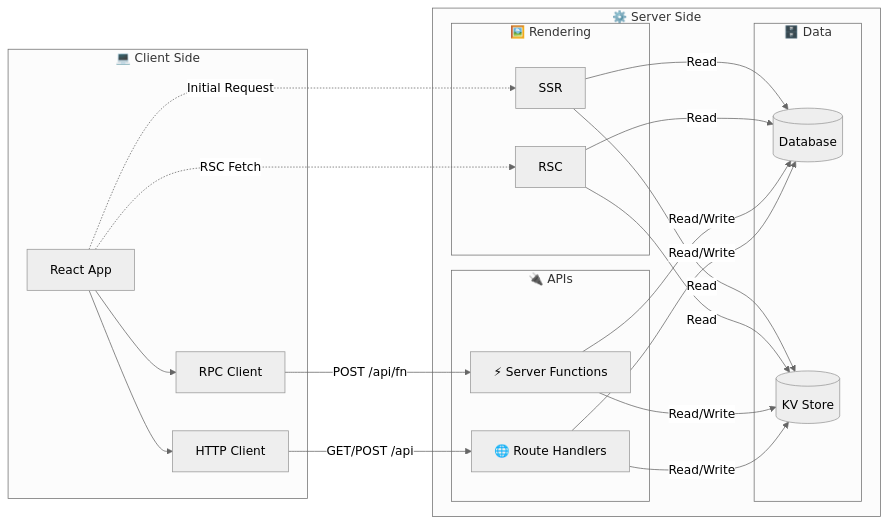
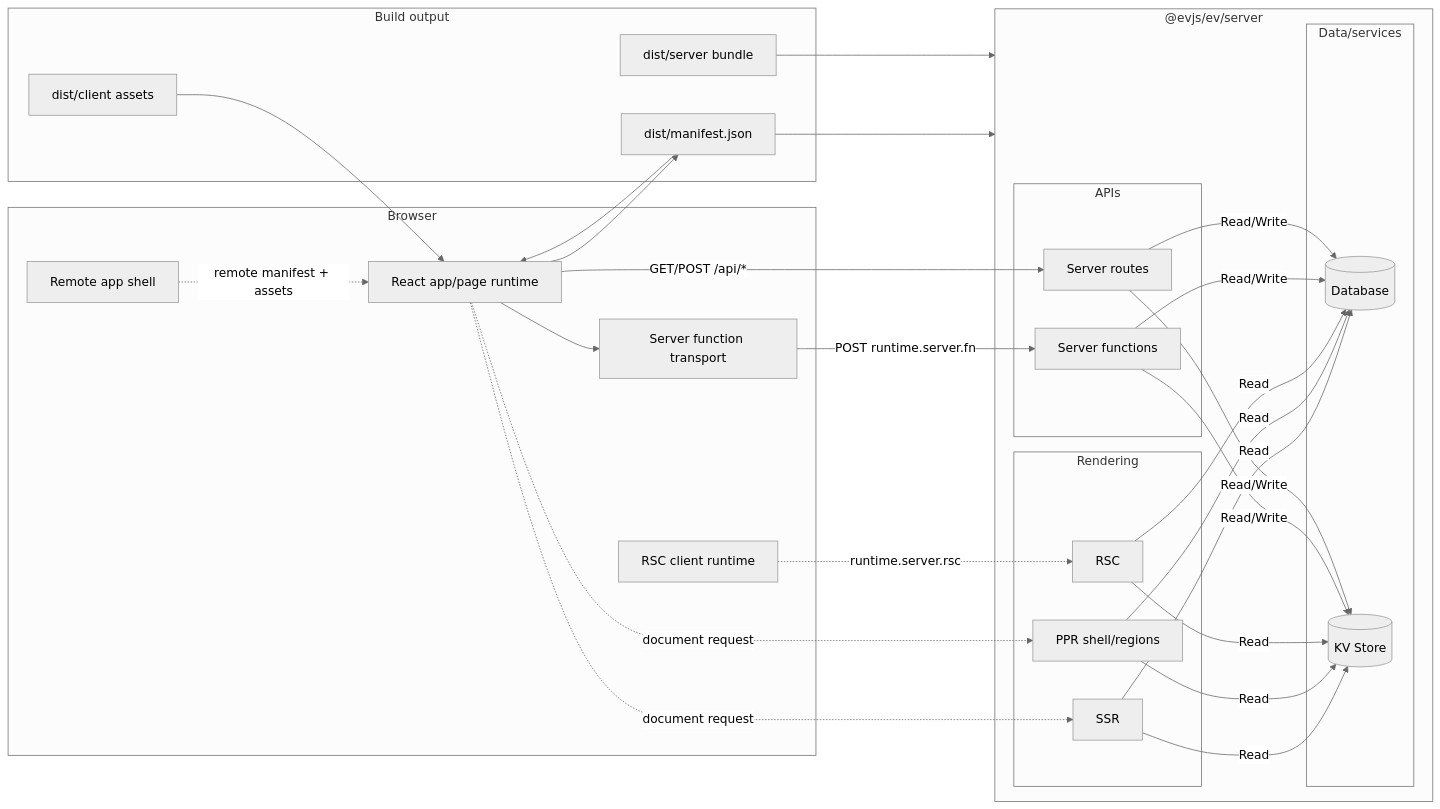
One commit to afx-team/evjs changed the diagram in docs/docs/overview.md. Above: the diagram before and after it, drawn with Mermaid (neutral theme). The commit also changed other lines of this file and 400 other files, not shown here.

First line of the commit message:
feat: implement graph-driven architecture (#14)

````diff
--- a/docs/docs/overview.md
+++ b/docs/docs/overview.md
@@ -21,41 +33,58 @@
 ```mermaid
 flowchart LR
-    subgraph ClientSide ["💻 Client Side"]
-        UI["React App"]
-        RPC["RPC Client"]
-        FETCH["HTTP Client"]
+    subgraph Browser ["Browser"]
+        UI["React app/page runtime"]
+        RPC["Server function transport"]
+        REMOTE["Remote app shell"]
+        RSCClient["RSC client runtime"]
     end
 
-    subgraph ServerSide ["⚙️ Server Side"]
-        subgraph RenderingLayer ["🖼️ Rendering"]
+    subgraph Server ["@evjs/ev/server"]
+        subgraph Rendering ["Rendering"]
             SSR["SSR"]
+            PPR["PPR shell/regions"]
             RSC["RSC"]
         end
 
-        subgraph APILayer ["🔌 APIs"]
-            SF["⚡ Server Functions"]
-            RH["🌐 Route Handlers"]
+        subgraph APIs ["APIs"]
+            SF["Server functions"]
+            RH["Server routes"]
         end
 
-        subgraph DataLayer ["🗄️ Data"]
+        subgraph Data ["Data/services"]
             DB[("Database")]
             KV[("KV Store")]
         end
     end
 
+    subgraph Build ["Build output"]
+        MANIFEST["dist/manifest.json"]
+        ASSETS["dist/client assets"]
+        SERVERBUNDLE["dist/server bundle"]
+    end
+
+    UI --> MANIFEST
+    UI --> RPC
+    UI -.->|"document request"| SSR
+    UI -.->|"document request"| PPR
+    RSCClient -.->|"runtime.server.rsc"| RSC
+    REMOTE -.->|"remote manifest + assets"| UI
+
     SSR -->|Read| DB
     SSR -->|Read| KV
+    PPR -->|Read| DB
+    PPR -->|Read| KV
     RSC -->|Read| DB
     RSC -->|Read| KV
     SF -->|Read/Write| DB
     SF -->|Read/Write| KV
     RH -->|Read/Write| DB
     RH -->|Read/Write| KV
 
-    UI --> RPC
-    UI --> FETCH
-    UI -.->|Initial Request| SSR
-    UI -.->|RSC Fetch| RSC
-    RPC -->|POST /api/fn| SF
-    FETCH -->|GET/POST /api| RH
+    RPC -->|"POST runtime.server.fn"| SF
+    UI -->|"GET/POST /api/*"| RH
+    MANIFEST --> UI
+    MANIFEST --> Server
+    ASSETS --> UI
+    SERVERBUNDLE --> Server
 ```
````
